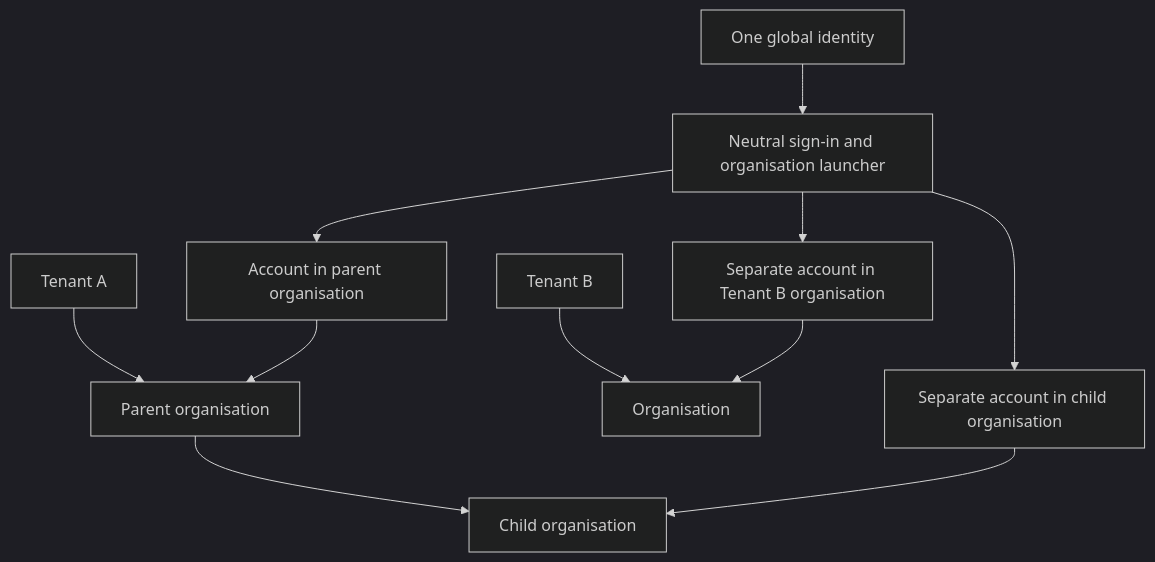
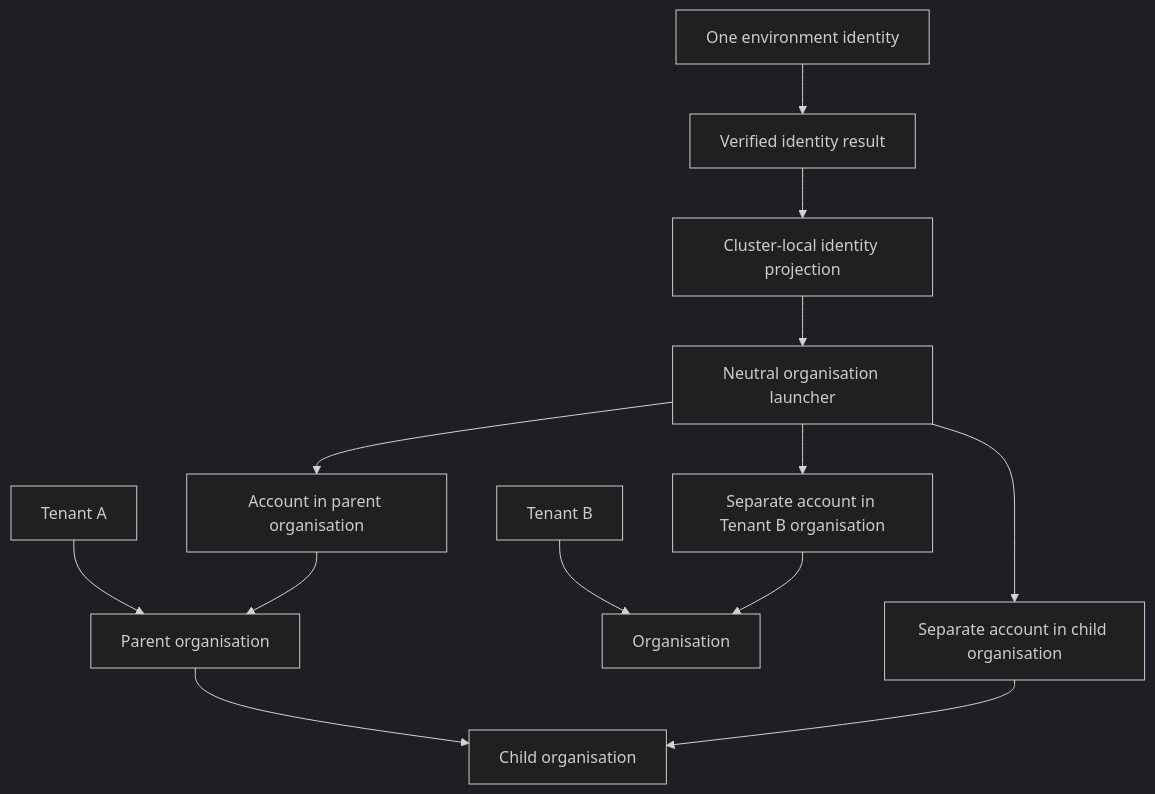
One commit to Abzum-NZ/Abzum-Vortex changed the first of 3 diagrams in docs/specification/02-people-organisations-and-sign-in.md. Above: the diagram before and after it, drawn with Mermaid (dark theme). The commit also changed other lines of this file and 23 other files, not shown here.

````diff
--- a/docs/specification/02-people-organisations-and-sign-in.md
+++ b/docs/specification/02-people-organisations-and-sign-in.md
@@ -11,13 +11,15 @@
 ```mermaid
 flowchart TD
-    I[One global identity] --> L[Neutral sign-in and organisation launcher]
+    I[One environment identity] --> V[Verified identity result]
+    V --> P[Cluster-local identity projection]
+    P --> L[Neutral organisation launcher]
     T1[Tenant A] --> O1[Parent organisation]
     O1 --> O2[Child organisation]
     T2[Tenant B] --> O3[Organisation]
     L --> A1[Account in parent organisation]
     L --> A2[Separate account in child organisation]
     L --> A3[Separate account in Tenant B organisation]
     A1 --> O1
     A2 --> O2
     A3 --> O3
 ```
````
